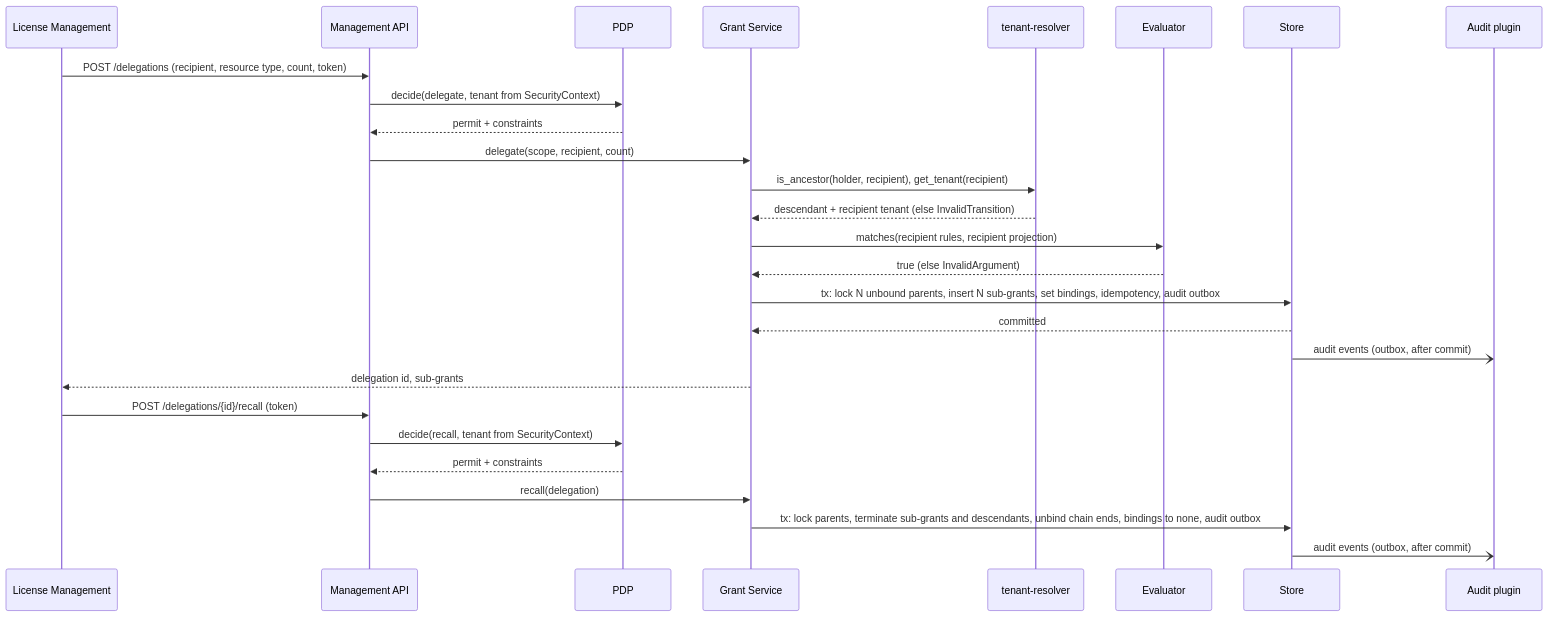
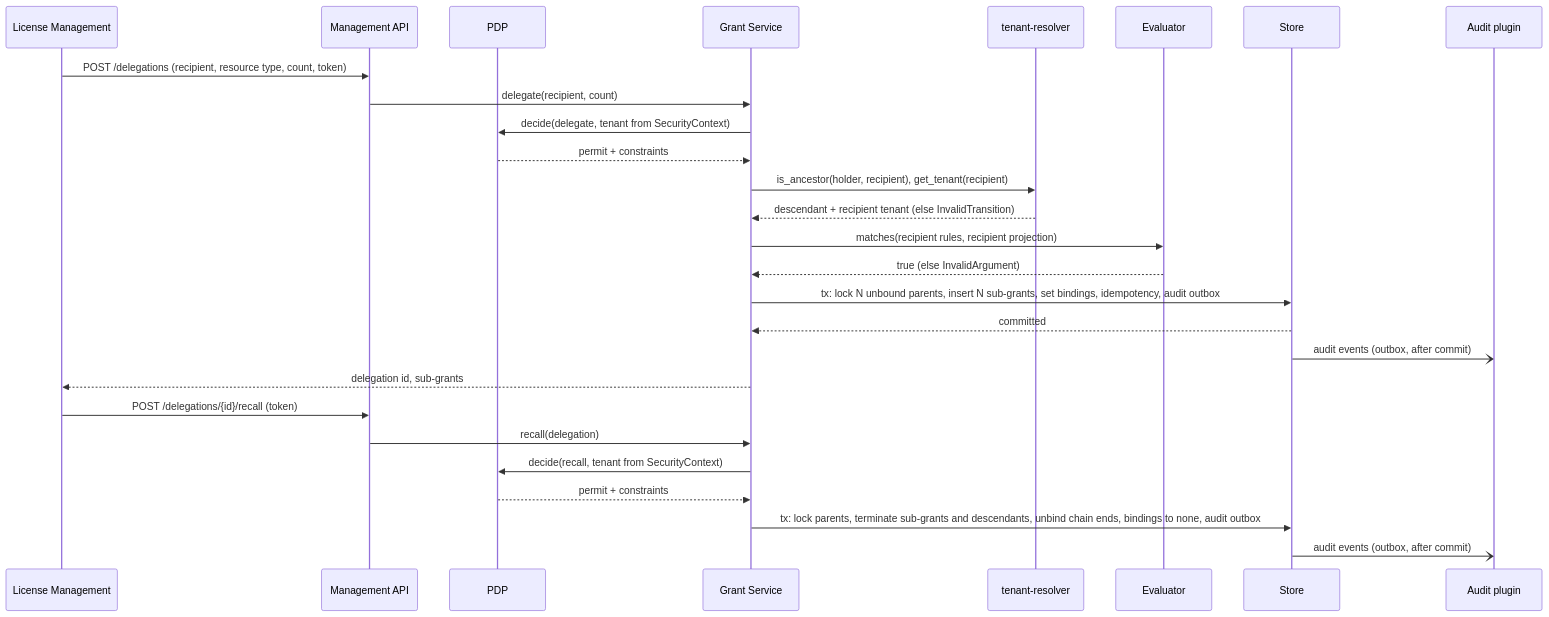
The third of 5 diagrams in gears/system/license-enforcement/docs/DESIGN.md (constructorfabric/gears-rust), drawn with Mermaid before and after one commit. The commit also changed other lines of this file and 53 other files, not shown here.

````diff
--- a/gears/system/license-enforcement/docs/DESIGN.md
+++ b/gears/system/license-enforcement/docs/DESIGN.md
@@ -833,29 +838,29 @@
 ```mermaid
 sequenceDiagram
     participant M as License Management
     participant API as Management API
     participant P as PDP
     participant G as Grant Service
     participant T as tenant-resolver
     participant E as Evaluator
     participant S as Store
     participant AU as Audit plugin
     M ->> API: POST /delegations (recipient, resource type, count, token)
-    API ->> P: decide(delegate, tenant from SecurityContext)
-    P -->> API: permit + constraints
-    API ->> G: delegate(scope, recipient, count)
+    API ->> G: delegate(recipient, count)
+    G ->> P: decide(delegate, tenant from SecurityContext)
+    P -->> G: permit + constraints
     G ->> T: is_ancestor(holder, recipient), get_tenant(recipient)
     T -->> G: descendant + recipient tenant (else InvalidTransition)
     G ->> E: matches(recipient rules, recipient projection)
     E -->> G: true (else InvalidArgument)
     G ->> S: tx: lock N unbound parents, insert N sub-grants, set bindings, idempotency, audit outbox
     S -->> G: committed
     S -) AU: audit events (outbox, after commit)
     G -->> M: delegation id, sub-grants
     M ->> API: POST /delegations/{id}/recall (token)
-    API ->> P: decide(recall, tenant from SecurityContext)
-    P -->> API: permit + constraints
     API ->> G: recall(delegation)
+    G ->> P: decide(recall, tenant from SecurityContext)
+    P -->> G: permit + constraints
     G ->> S: tx: lock parents, terminate sub-grants and descendants, unbind chain ends, bindings to none, audit outbox
     S -) AU: audit events (outbox, after commit)
 ```
````
